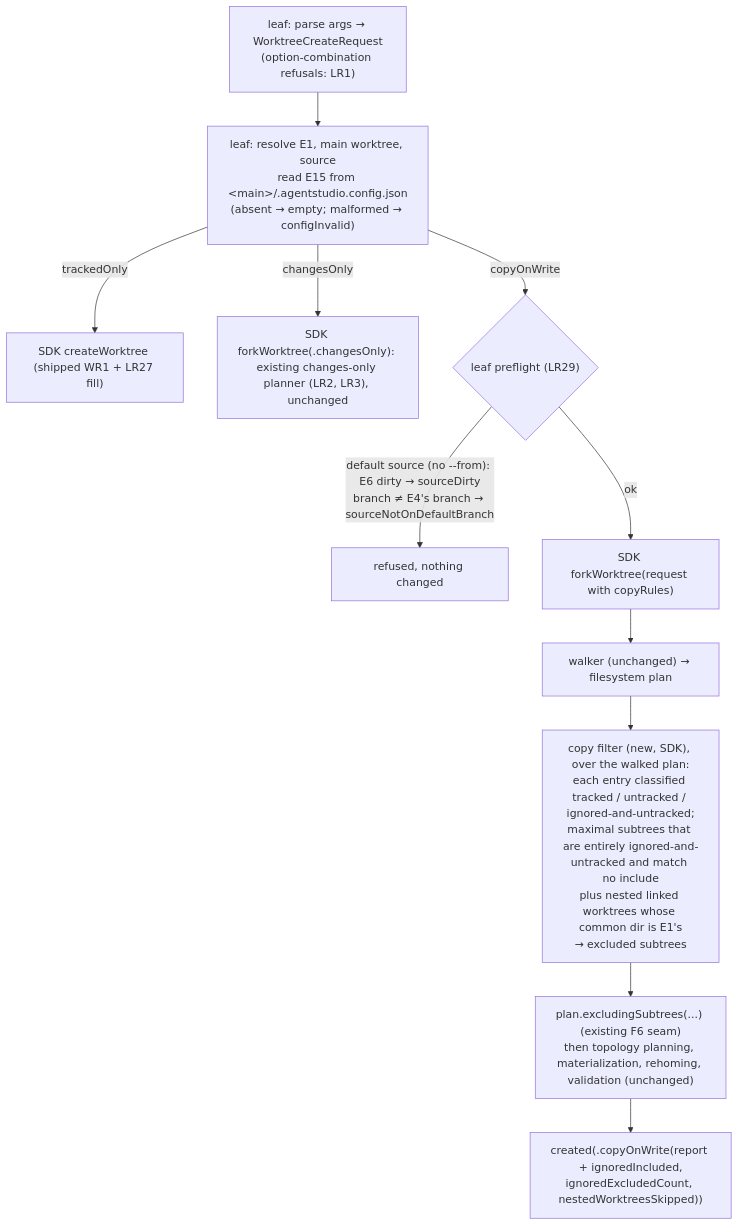
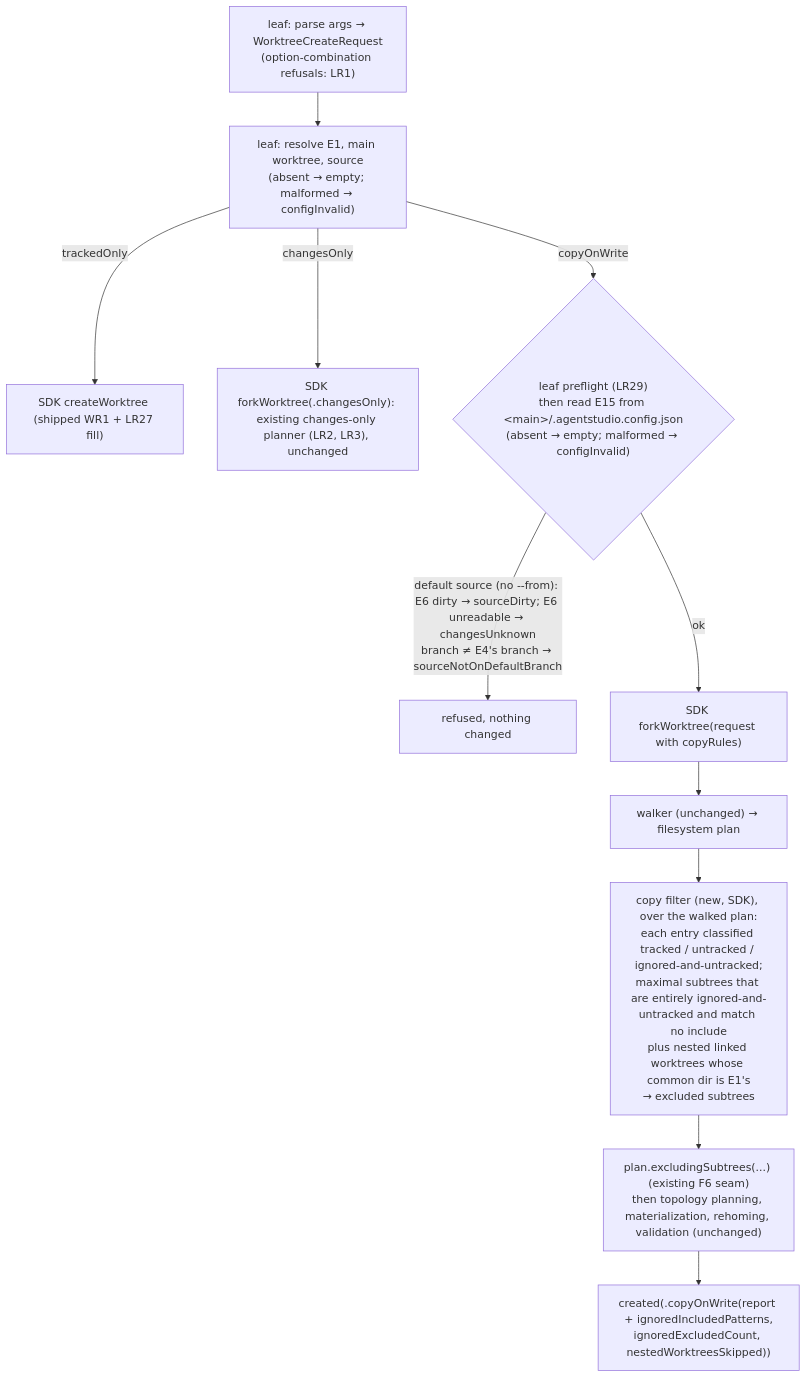
One commit to getagentstudio/agentstudio changed the ninth of 9 diagrams in docs/specs/2026-09-30-worktree-lifecycle/2026-09-30-worktree-lifecycle-program-design.md. Above: the diagram before and after it, drawn with Mermaid. The commit also changed other lines of this file, not shown here.

Commit message:
Program Design r30: read the config only for copy-on-write; changesUnknown for an unreadable default source; remove stale busy-lock text

````diff
--- a/docs/specs/2026-09-30-worktree-lifecycle/2026-09-30-worktree-lifecycle-program-design.md
+++ b/docs/specs/2026-09-30-worktree-lifecycle/2026-09-30-worktree-lifecycle-program-design.md
@@ -644,13 +644,13 @@
 ```mermaid
 flowchart TB
-  P["leaf: parse args → WorktreeCreateRequest<br/>(option-combination refusals: LR1)"] --> C["leaf: resolve E1, main worktree, source<br/>read E15 from &lt;main&gt;/.agentstudio.config.json<br/>(absent → empty; malformed → configInvalid)"]
+  P["leaf: parse args → WorktreeCreateRequest<br/>(option-combination refusals: LR1)"] --> C["leaf: resolve E1, main worktree, source<br/>(absent → empty; malformed → configInvalid)"]
   C -->|trackedOnly| T["SDK createWorktree (shipped WR1 + LR27 fill)"]
   C -->|changesOnly| CO["SDK forkWorktree(.changesOnly): existing changes-only planner (LR2, LR3), unchanged"]
-  C -->|copyOnWrite| B{"leaf preflight (LR29)"}
-  B -->|"default source (no --from): E6 dirty → sourceDirty<br/>branch ≠ E4's branch → sourceNotOnDefaultBranch"| R["refused, nothing changed"]
+  C -->|copyOnWrite| B{"leaf preflight (LR29)<br/>then read E15 from &lt;main&gt;/.agentstudio.config.json<br/>(absent → empty; malformed → configInvalid)"}
+  B -->|"default source (no --from): E6 dirty → sourceDirty; E6 unreadable → changesUnknown<br/>branch ≠ E4's branch → sourceNotOnDefaultBranch"| R["refused, nothing changed"]
   B -->|ok| F["SDK forkWorktree(request with copyRules)"]
   F --> W["walker (unchanged) → filesystem plan"]
   W --> X["copy filter (new, SDK), over the walked plan:<br/>each entry classified tracked / untracked / ignored-and-untracked;<br/>maximal subtrees that are entirely ignored-and-untracked and match no include<br/>plus nested linked worktrees whose common dir is E1's<br/>→ excluded subtrees"]
   X --> E["plan.excludingSubtrees(...) (existing F6 seam)<br/>then topology planning, materialization, rehoming, validation (unchanged)"]
-  E --> O["created(.copyOnWrite(report + ignoredIncluded,<br/>ignoredExcludedCount, nestedWorktreesSkipped))"]
+  E --> O["created(.copyOnWrite(report + ignoredIncludedPatterns,<br/>ignoredExcludedCount, nestedWorktreesSkipped))"]
 ```
````
